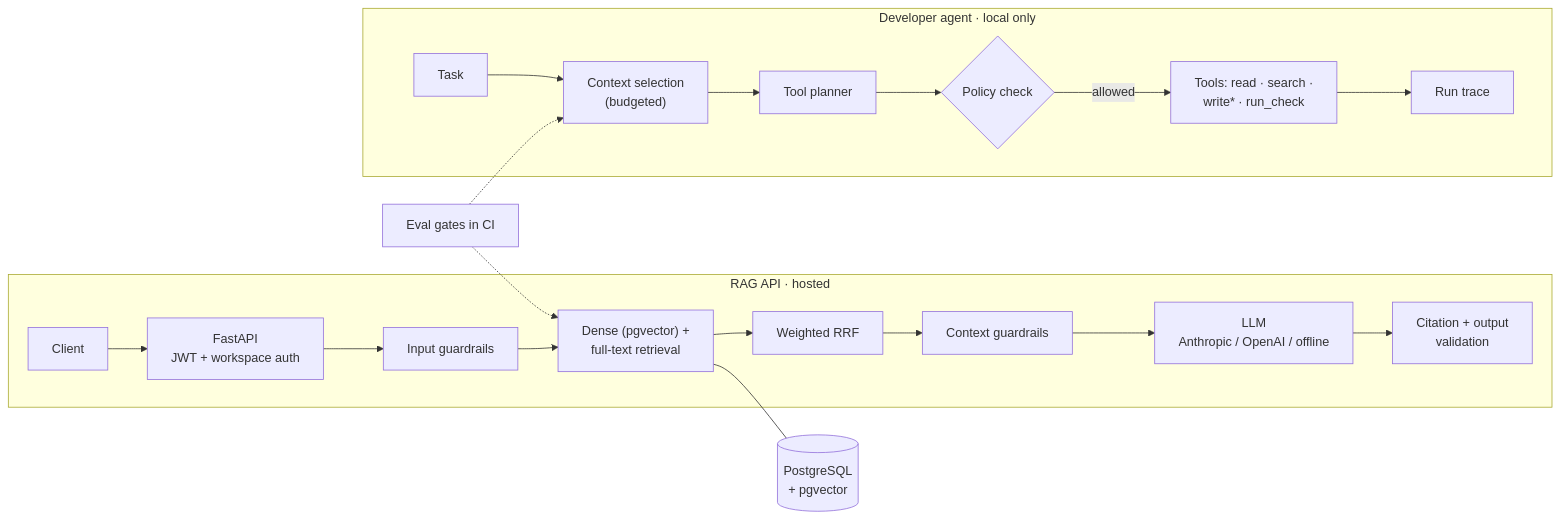
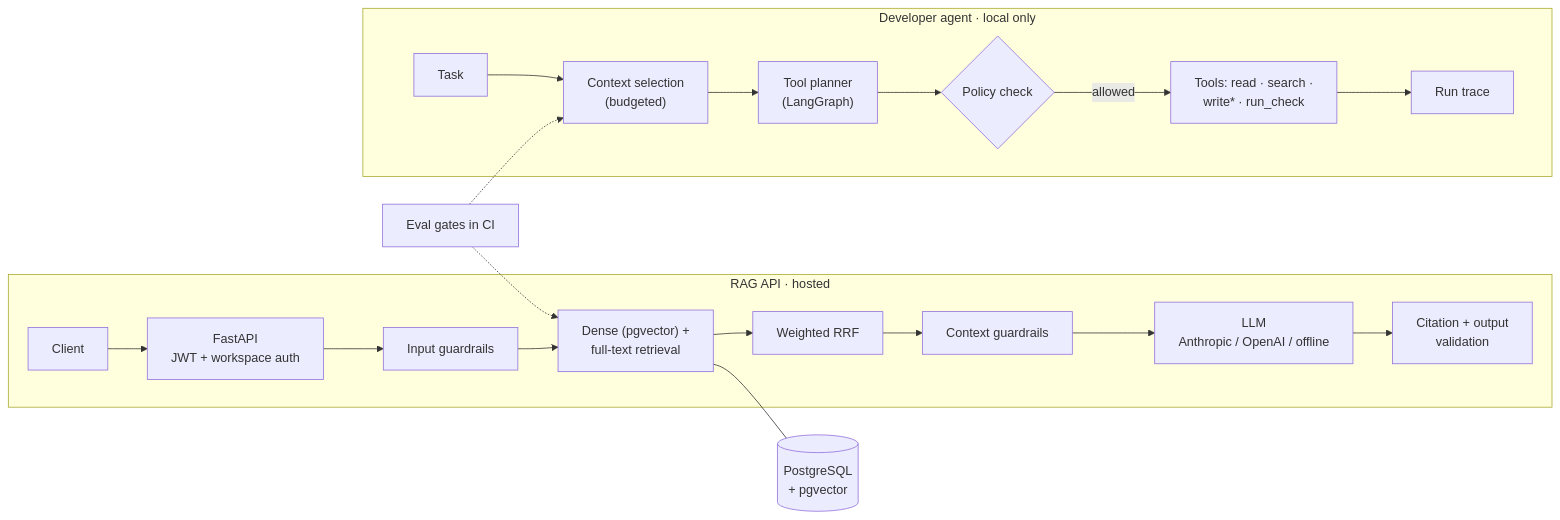
The second of 2 diagrams in README.md (FarnazNK/grounded-agent-platform), drawn with Mermaid before and after one commit. The commit also changed other lines of this file and 3 other files, not shown here.

````diff
--- a/README.md
+++ b/README.md
@@ -62,25 +75,25 @@
 ```mermaid
 flowchart LR
     subgraph RAG["RAG API · hosted"]
         C["Client"] --> A["FastAPI<br/>JWT + workspace auth"]
         A --> GI["Input guardrails"]
         GI --> R["Dense (pgvector) +<br/>full-text retrieval"]
         R --> F["Weighted RRF"]
         F --> GC["Context guardrails"]
         GC --> L["LLM<br/>Anthropic / OpenAI / offline"]
         L --> GO["Citation + output<br/>validation"]
     end
     DB[("PostgreSQL<br/>+ pgvector")]
     R --- DB
 
     subgraph DEV["Developer agent · local only"]
         T["Task"] --> CX["Context selection<br/>(budgeted)"]
-        CX --> P["Tool planner"]
+        CX --> P["Tool planner<br/>(LangGraph)"]
         P --> PO{"Policy check"}
         PO -->|allowed| TO["Tools: read · search ·<br/>write* · run_check"]
         TO --> TR["Run trace"]
     end
 
     E["Eval gates in CI"] -.-> R
     E -.-> CX
 ```
````
